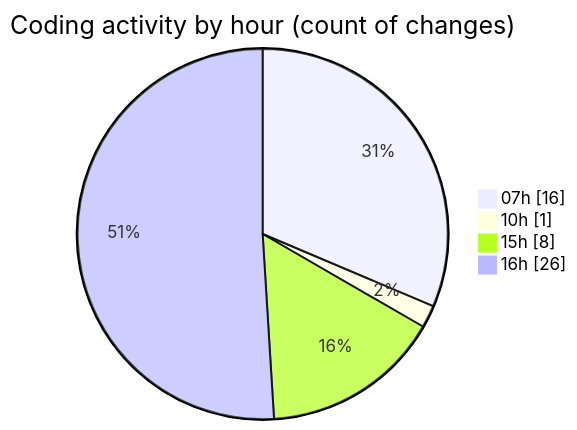
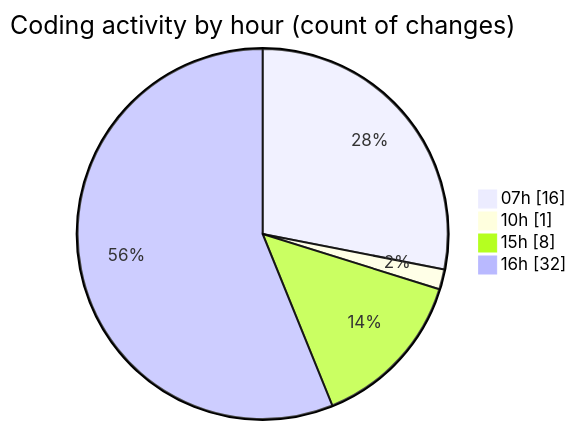
The second of 2 diagrams in 2025-03-07/mbc-web/README.md (robertbonfada/code-tracking), drawn with Mermaid before and after one commit. The commit also changed other lines of this file and 1 other file, not shown here.

````diff
--- a/2025-03-07/mbc-web/README.md
+++ b/2025-03-07/mbc-web/README.md
@@ -40,8 +40,8 @@
 ```mermaid
 pie showData
 title Coding activity by hour (count of changes)
 "07h" : 16
 "10h" : 1
 "15h" : 8
-"16h" : 26
+"16h" : 32
 ```
````
